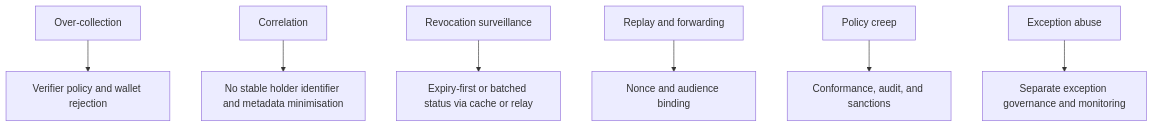
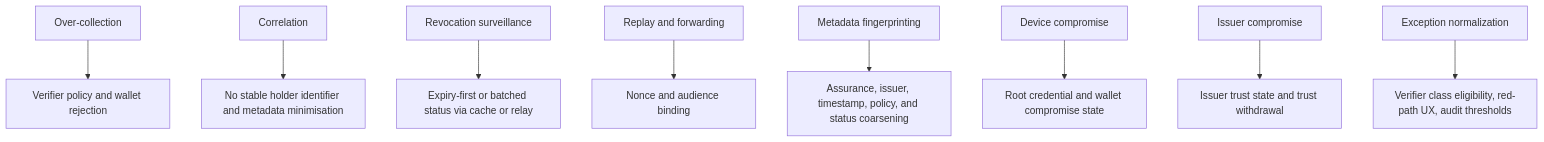
The eighth of 8 diagrams in docs/architecture/FLOWS_AND_TOPOLOGY.md (JGx101/Minimal-Age-Disclosure), drawn with Mermaid before and after one commit. The commit also changed other lines of this file and 34 other files, not shown here.

Commit message:
Resolve architecture gaps for binding and conformance

````diff
--- a/docs/architecture/FLOWS_AND_TOPOLOGY.md
+++ b/docs/architecture/FLOWS_AND_TOPOLOGY.md
@@ -110,9 +190,11 @@
 ```mermaid
 flowchart TD
     T1[Over-collection] --> C1[Verifier policy and wallet rejection]
     T2[Correlation] --> C2[No stable holder identifier and metadata minimisation]
     T3[Revocation surveillance] --> C3[Expiry-first or batched status via cache or relay]
     T4[Replay and forwarding] --> C4[Nonce and audience binding]
-    T5[Policy creep] --> C5[Conformance, audit, and sanctions]
-    T6[Exception abuse] --> C6[Separate exception governance and monitoring]
+    T5[Metadata fingerprinting] --> C5[Assurance, issuer, timestamp, policy, and status coarsening]
+    T6[Device compromise] --> C6[Root credential and wallet compromise state]
+    T7[Issuer compromise] --> C7[Issuer trust state and trust withdrawal]
+    T8[Exception normalization] --> C8[Verifier class eligibility, red-path UX, audit thresholds]
 ```
````
